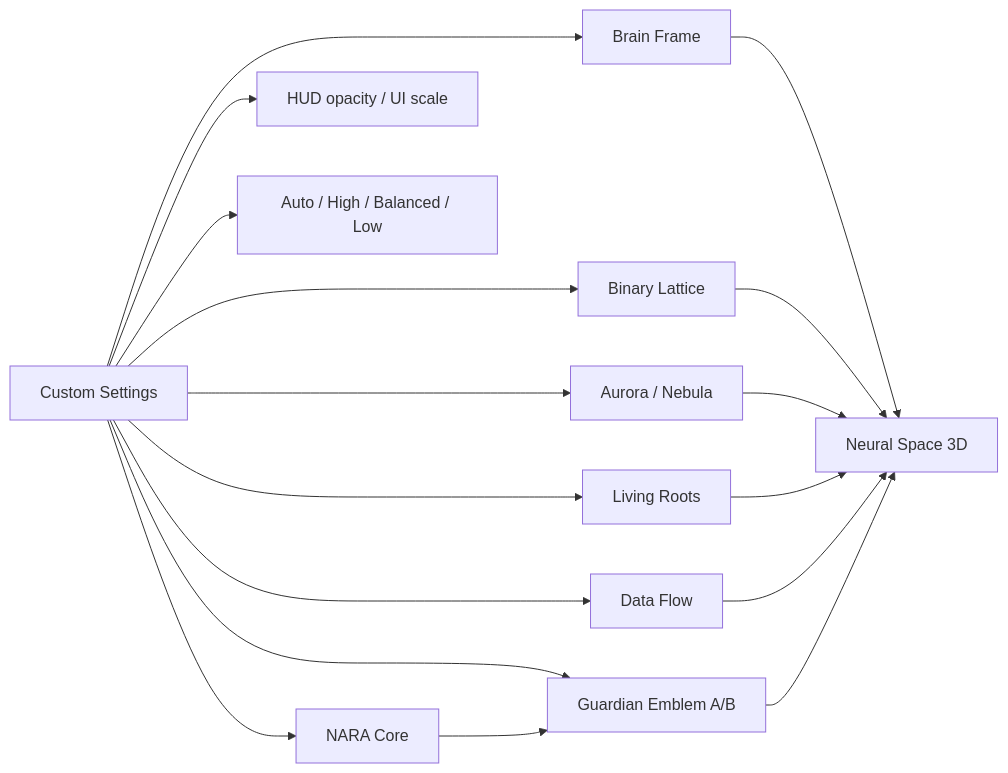
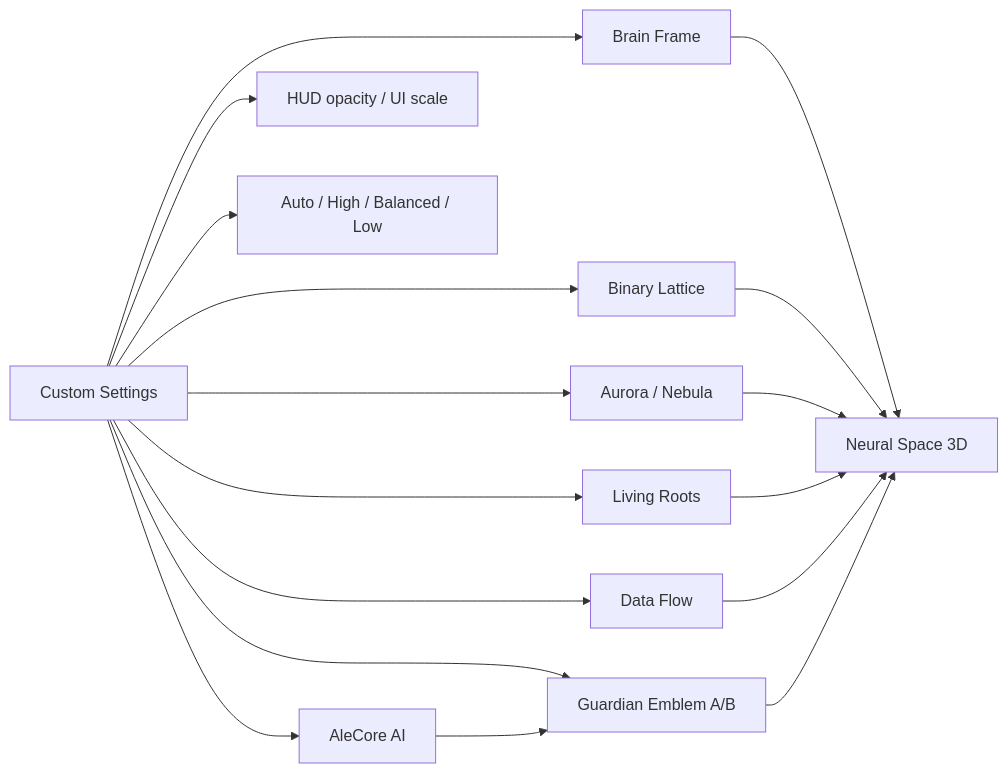
Before and after one commit to Kmpsnr26/entitashuman: the second of 4 diagrams in nara-core/studio/NARA_SYSTEM_ARCHITECTURE.md, drawn with Mermaid. The commit also changed other lines of this file and 5 other files, not shown here.

Commit message:
docs(alecore): align architecture and readiness documentation

````diff
--- a/nara-core/studio/NARA_SYSTEM_ARCHITECTURE.md
+++ b/nara-core/studio/NARA_SYSTEM_ARCHITECTURE.md
@@ -82,20 +82,20 @@
 ```mermaid
 flowchart LR
     SETTINGS[Custom Settings] --> FRAME[Brain Frame]
     SETTINGS --> BINARY[Binary Lattice]
     SETTINGS --> AURORA[Aurora / Nebula]
     SETTINGS --> ROOTS[Living Roots]
     SETTINGS --> FLOW[Data Flow]
-    SETTINGS --> CORE[NARA Core]
+    SETTINGS --> CORE[AleCore AI]
     SETTINGS --> RINGS[Guardian Emblem A/B]
     SETTINGS --> HUD[HUD opacity / UI scale]
     SETTINGS --> QUALITY[Auto / High / Balanced / Low]
 
     CORE --> RINGS
     FRAME --> SPACE[Neural Space 3D]
     BINARY --> SPACE
     AURORA --> SPACE
     ROOTS --> SPACE
     FLOW --> SPACE
     RINGS --> SPACE
 ```
````
